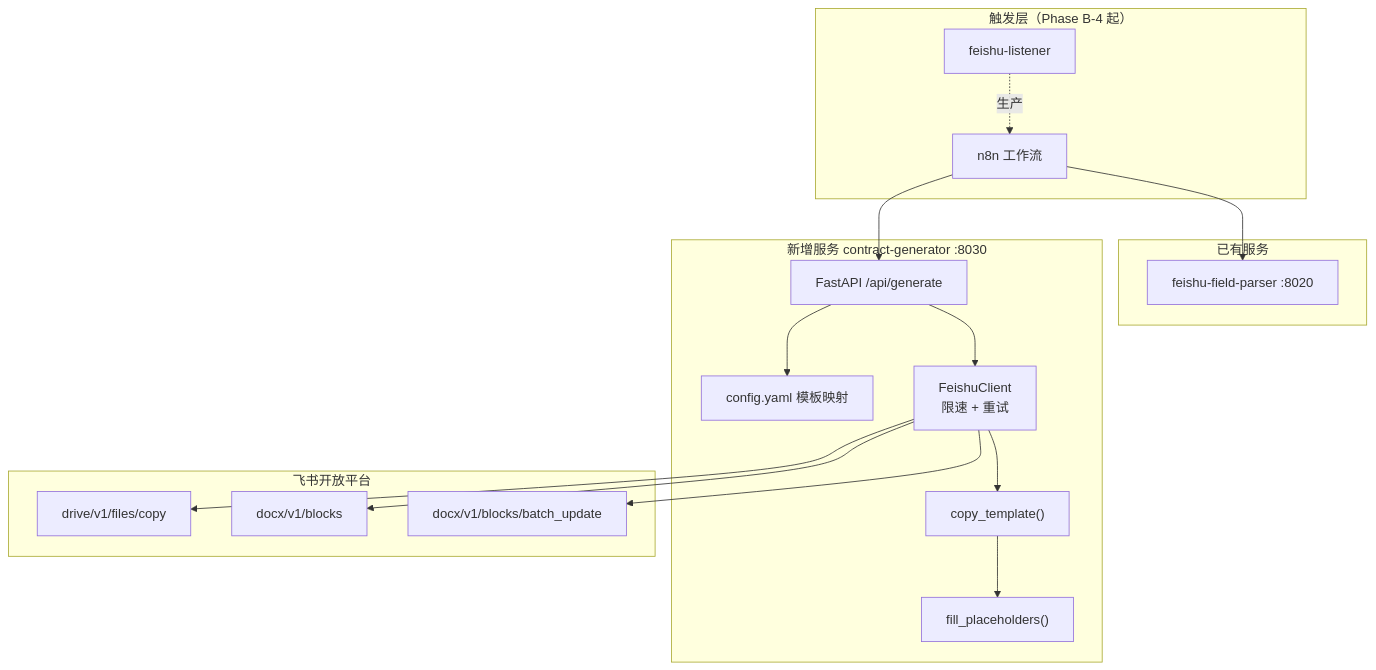
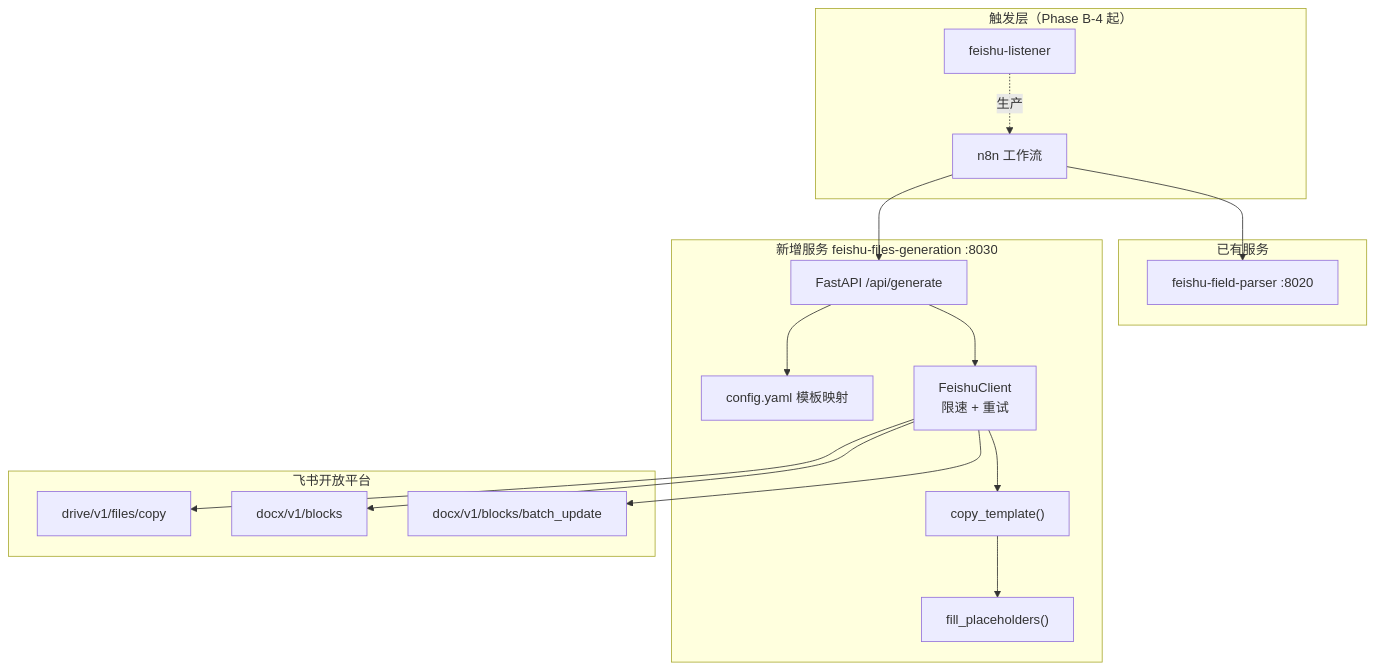
One commit to XXuyucheng/qujia-n8n-feishu changed the first of 2 diagrams in 合同生成-路径B实现.md. Above: the diagram before and after it, drawn with Mermaid. The commit also changed other lines of this file and 47 other files, not shown here.

````diff
--- a/合同生成-路径B实现.md
+++ b/合同生成-路径B实现.md
@@ -28,35 +28,35 @@
 ```mermaid
 flowchart TB
   subgraph trigger["触发层（Phase B-4 起）"]
     n8n["n8n 工作流"]
     listener["feishu-listener"]
   end
 
   subgraph existing["已有服务"]
     fp["feishu-field-parser :8020"]
   end
 
-  subgraph new_svc["新增服务 contract-generator :8030"]
+  subgraph new_svc["新增服务 feishu-files-generation :8030"]
     api["FastAPI /api/generate"]
     cfg["config.yaml 模板映射"]
     feishu["FeishuClient\n限速 + 重试"]
     copy["copy_template()"]
     fill["fill_placeholders()"]
     api --> cfg
     api --> feishu
     feishu --> copy --> fill
   end
 
   subgraph feishu_api["飞书开放平台"]
     drive["drive/v1/files/copy"]
     blocks["docx/v1/blocks"]
     batch["docx/v1/blocks/batch_update"]
   end
 
   n8n --> fp
   n8n --> api
   listener -.->|生产| n8n
   feishu --> drive
   feishu --> blocks
   feishu --> batch
 ```
````
